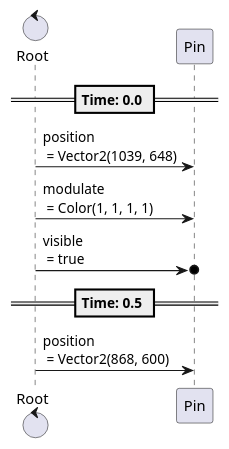
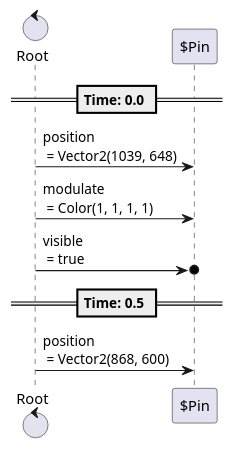
Before and after one commit to tkmfujise/Platformer-Game-Learning: diagram 16 of 24 in content/scenes/src/beginning/chapters/chapters.tscn.adoc, drawn with PlantUML. The commit also changed other lines of this file and 31 other files, not shown here.

Commit message:
Add prefix $ to node name in animation sequences

```diff
--- a/content/scenes/src/beginning/chapters/chapters.tscn.adoc
+++ b/content/scenes/src/beginning/chapters/chapters.tscn.adoc
@@ -691,16 +691,16 @@
 [plantuml]
 ....
-control "Root" as Root
-participant "Pin" as T0
+control "Root" as R
+participant "$Pin" as T0
 
 
 
 == Time: 0.0 ==
-Root  ->  T0 : position\n = Vector2(1039, 648)
-Root  ->  T0 : modulate\n = Color(1, 1, 1, 1)
-Root  ->o  T0 : visible\n = true
+R  ->  T0 : position\n = Vector2(1039, 648)
+R  ->  T0 : modulate\n = Color(1, 1, 1, 1)
+R  ->o  T0 : visible\n = true
 == Time: 0.5 ==
-Root  ->  T0 : position\n = Vector2(868, 600)
+R  ->  T0 : position\n = Vector2(868, 600)
 
 
 ....
```
